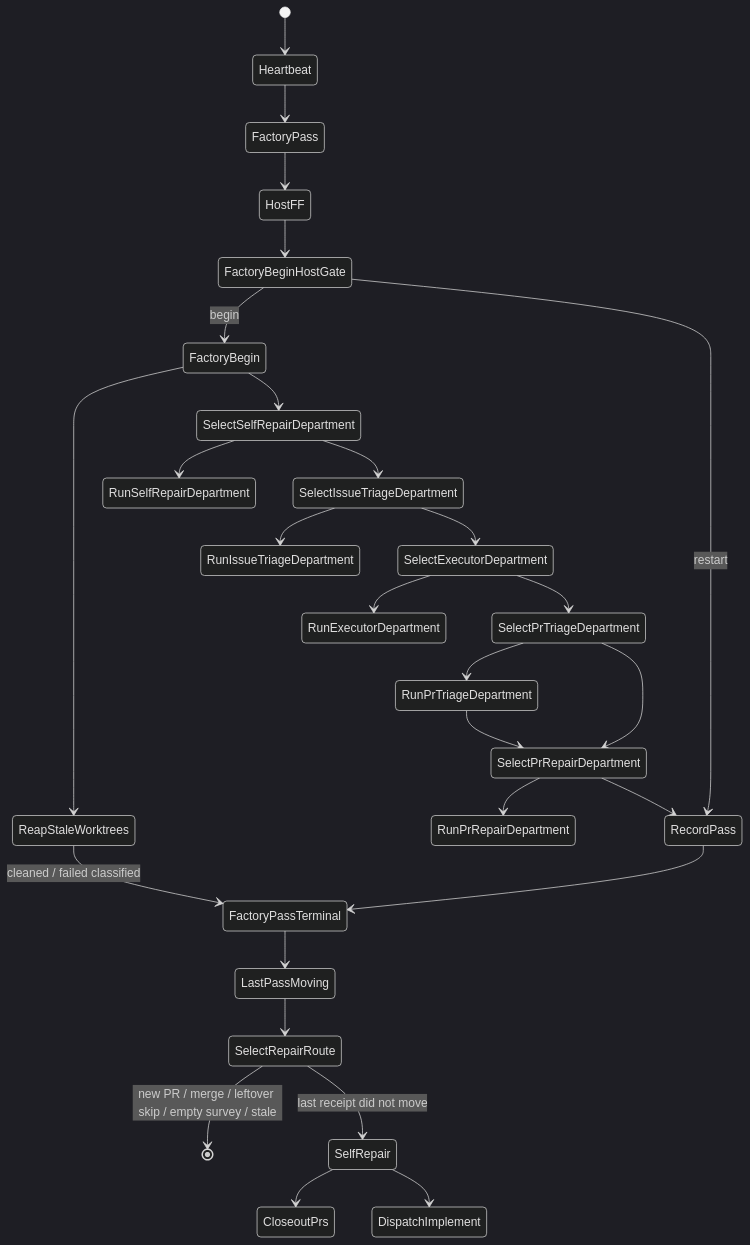
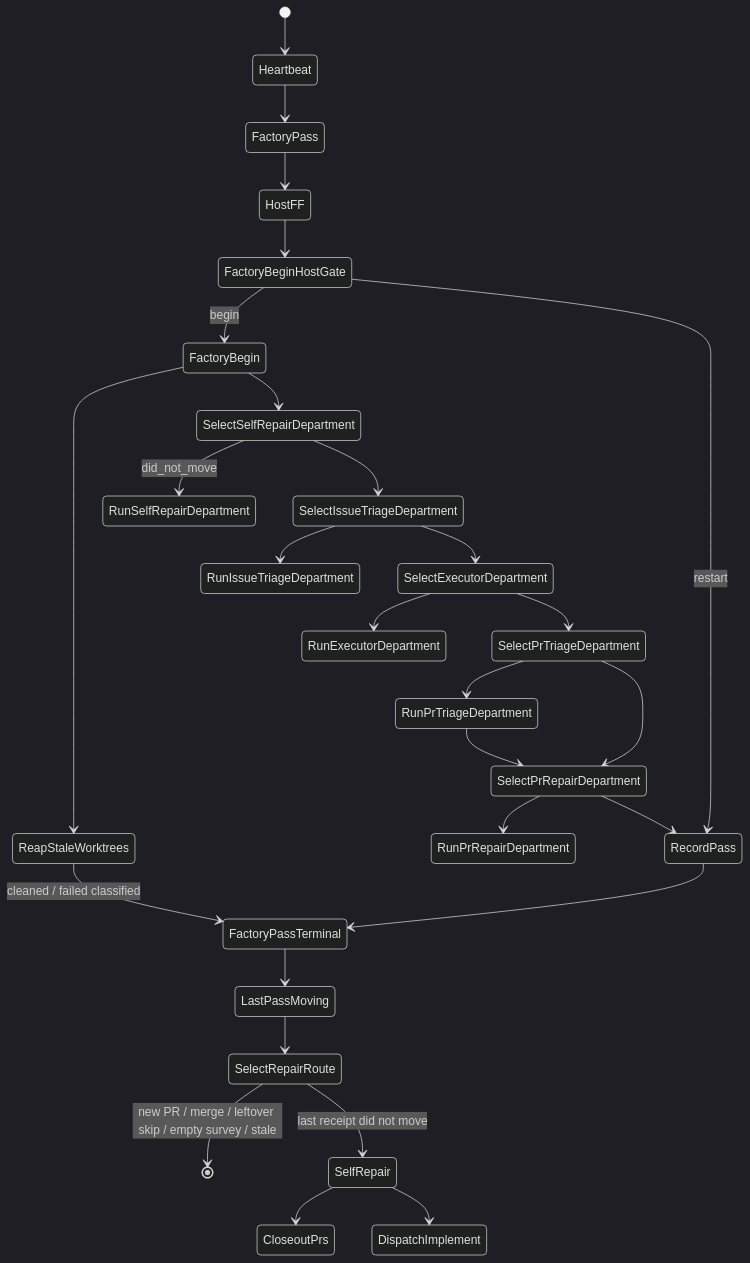
The first of 47 diagrams in README.md (mikolaj92/lokay), drawn with Mermaid (dark theme) before and after one commit. The commit also changed 5 other files, not shown here.

````diff
--- a/README.md
+++ b/README.md
@@ -79,30 +79,30 @@
 ```mermaid
 stateDiagram-v2
     [*] --> Heartbeat
     Heartbeat --> FactoryPass
     FactoryPass --> HostFF
     HostFF --> FactoryBeginHostGate
     FactoryBeginHostGate --> FactoryBegin: begin
     FactoryBeginHostGate --> RecordPass: restart
     FactoryBegin --> ReapStaleWorktrees
     FactoryBegin --> SelectSelfRepairDepartment
-    SelectSelfRepairDepartment --> RunSelfRepairDepartment
+    SelectSelfRepairDepartment --> RunSelfRepairDepartment: did_not_move
     SelectSelfRepairDepartment --> SelectIssueTriageDepartment
     SelectIssueTriageDepartment --> RunIssueTriageDepartment
     SelectIssueTriageDepartment --> SelectExecutorDepartment
     SelectExecutorDepartment --> RunExecutorDepartment
     SelectExecutorDepartment --> SelectPrTriageDepartment
     SelectPrTriageDepartment --> RunPrTriageDepartment
     SelectPrTriageDepartment --> SelectPrRepairDepartment
     RunPrTriageDepartment --> SelectPrRepairDepartment
     SelectPrRepairDepartment --> RunPrRepairDepartment
     SelectPrRepairDepartment --> RecordPass
     RecordPass --> FactoryPassTerminal
     ReapStaleWorktrees --> FactoryPassTerminal: cleaned / failed classified
     FactoryPassTerminal --> LastPassMoving
     LastPassMoving --> SelectRepairRoute
     SelectRepairRoute --> [*]: new PR / merge / leftover skip / empty survey / stale
     SelectRepairRoute --> SelfRepair: last receipt did not move
     SelfRepair --> CloseoutPrs
     SelfRepair --> DispatchImplement
 ```
````
